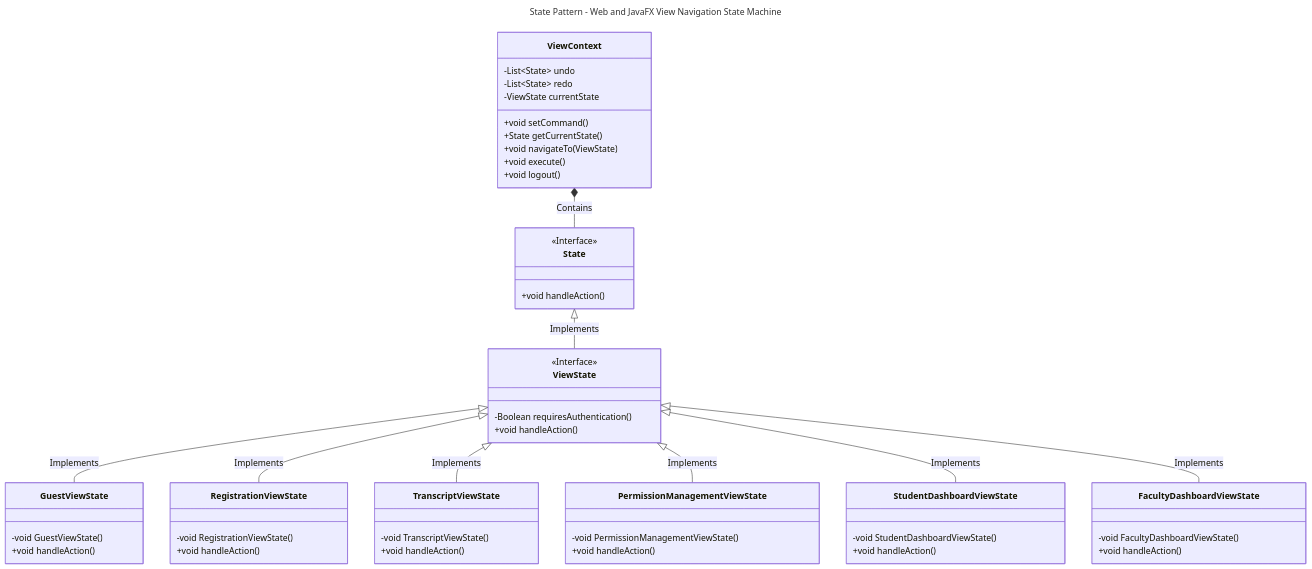
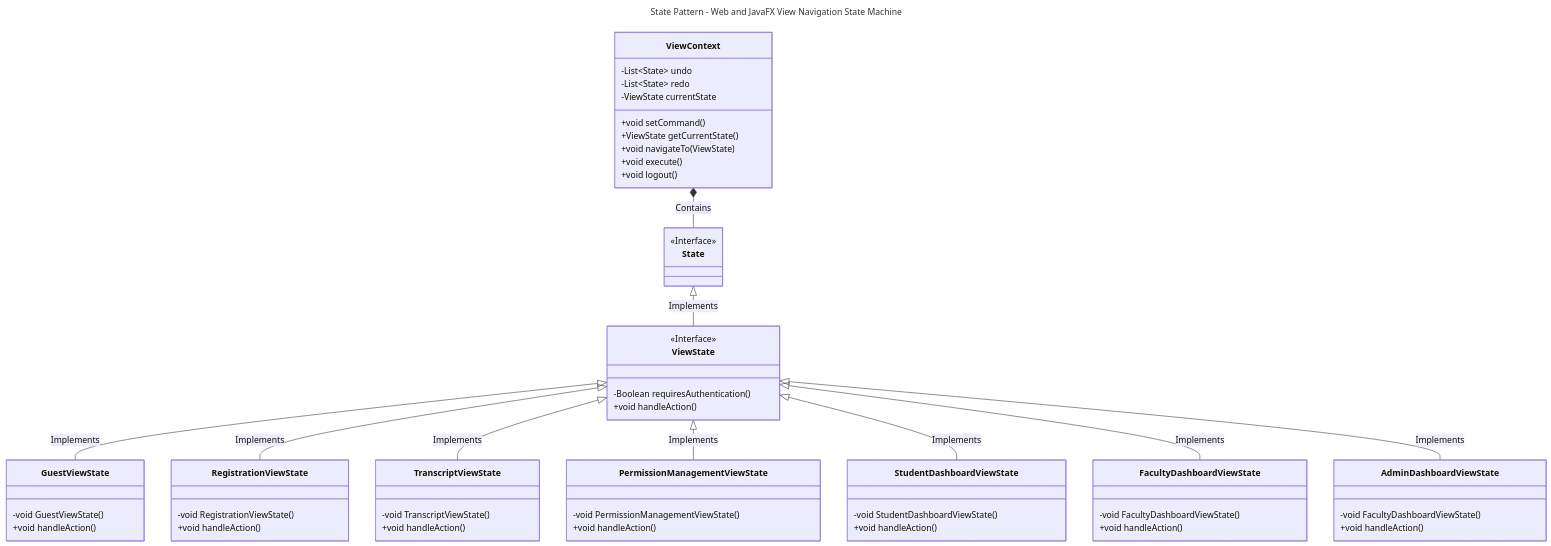
Before and after one commit to rwekyes/BestAdvisor: the diagram in design/State Pattern - Web and JavaFX View Navigation State Machine.mermaid, drawn with Mermaid. The commit also changed 10 other files, not shown here.

```diff
--- a/design/State Pattern - Web and JavaFX View Navigation State Machine.mermaid
+++ b/design/State Pattern - Web and JavaFX View Navigation State Machine.mermaid
@@ -1,63 +1,68 @@
 ---
 title: "State Pattern - Web and JavaFX View Navigation State Machine"
 ---
 classDiagram
     class ViewContext{
         -List~State~ undo
         -List~State~ redo
         -ViewState currentState
         +void setCommand()
-        +State getCurrentState()
+        +ViewState getCurrentState()
         +void navigateTo(ViewState)
         +void execute()
         +void logout()
     }
     class State {
         <<Interface>>
-        +void handleAction()
     }
 
     class ViewState {
         <<Interface>>
         -Boolean requiresAuthentication()
         +void handleAction()
     }
 
     class GuestViewState {
         -void GuestViewState()
         +void handleAction()
     }
 
     class RegistrationViewState {
         -void RegistrationViewState()
         +void handleAction()
     }
 
     class TranscriptViewState {
         -void TranscriptViewState()
         +void handleAction()
     }
 
     class PermissionManagementViewState {
         -void PermissionManagementViewState()
         +void handleAction()
     }
 
     class StudentDashboardViewState {
         -void StudentDashboardViewState()
         +void handleAction()
     }
 
     class FacultyDashboardViewState {
         -void FacultyDashboardViewState()
         +void handleAction()
     }
 
+    class AdminDashboardViewState {
+        -void FacultyDashboardViewState()
+        +void handleAction()
+    }
+
     ViewContext *-- State : Contains
     State <|-- ViewState : Implements
     ViewState <|-- GuestViewState : Implements
     ViewState <|-- RegistrationViewState : Implements
     ViewState <|-- TranscriptViewState : Implements
     ViewState <|-- PermissionManagementViewState : Implements
     ViewState <|-- StudentDashboardViewState : Implements
     ViewState <|-- FacultyDashboardViewState : Implements
+    ViewState <|-- AdminDashboardViewState : Implements
```
